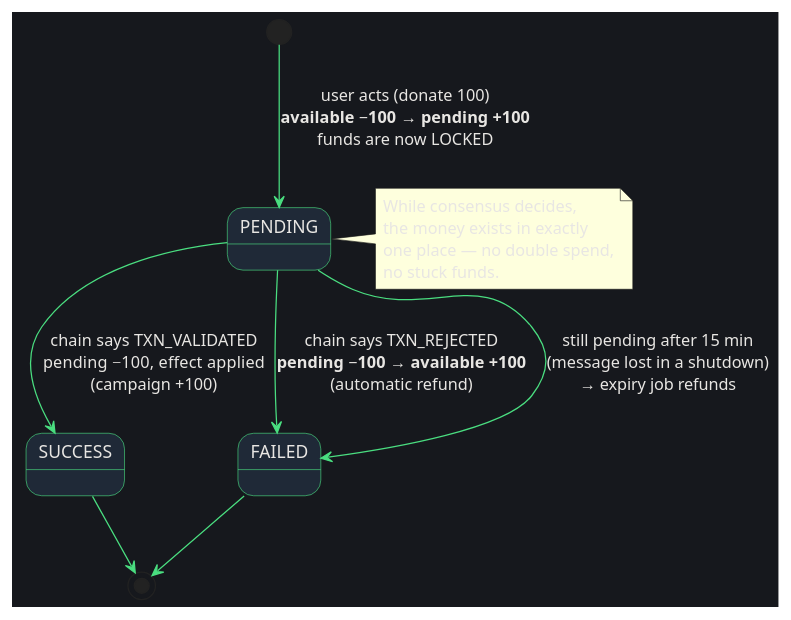
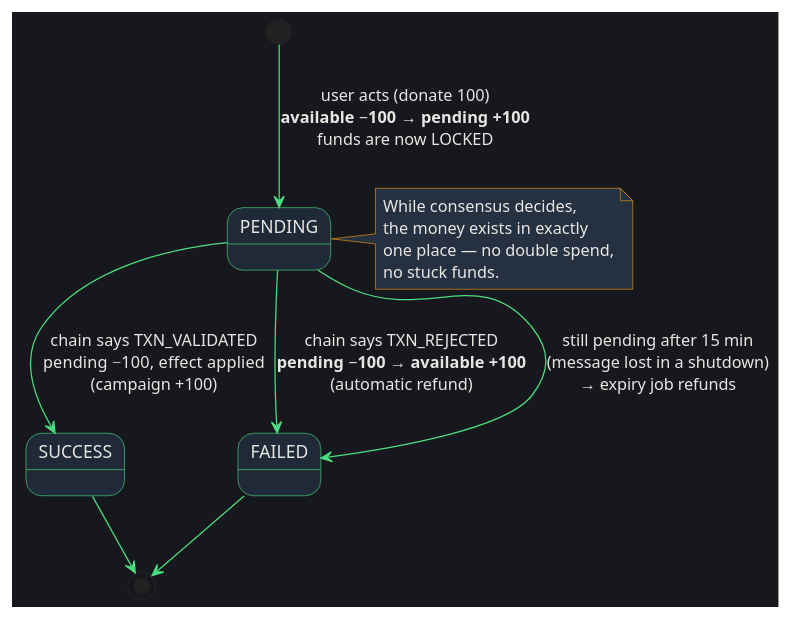
Before and after one commit to Marcher-D/charity-ledger-monorepo: the second of 4 diagrams in docs/backend-diagrams.md, drawn with PlantUML. The commit also changed other lines of this file and 4 other files, not shown here.

First line of the commit message:
docs: readable dark-theme diagrams + pre-rendered PNGs for slides

````diff
--- a/docs/backend-diagrams.md
+++ b/docs/backend-diagrams.md
@@ -55,26 +63,29 @@
 ```plantuml
 @startuml
 skinparam backgroundColor #16181d
 skinparam defaultFontColor #e8e6e3
 skinparam ArrowColor #4ade80
+skinparam NoteBackgroundColor #253041
+skinparam NoteBorderColor #f59e0b
+skinparam NoteFontColor #e8e6e3
 skinparam state {
   BackgroundColor #1f2937
   BorderColor #4ade80
   FontColor #e8e6e3
 }
 
 [*] --> PENDING : user acts (donate 100)\n**available −100 → pending +100**\nfunds are now LOCKED
 PENDING --> SUCCESS : chain says TXN_VALIDATED\npending −100, effect applied\n(campaign +100)
 PENDING --> FAILED : chain says TXN_REJECTED\n**pending −100 → available +100**\n(automatic refund)
 PENDING --> FAILED : still pending after 15 min\n(message lost in a shutdown)\n→ expiry job refunds
 SUCCESS --> [*]
 FAILED --> [*]
 
 note right of PENDING
   While consensus decides,
   the money exists in exactly
   one place — no double spend,
   no stuck funds.
 end note
 @enduml
 ```
````
